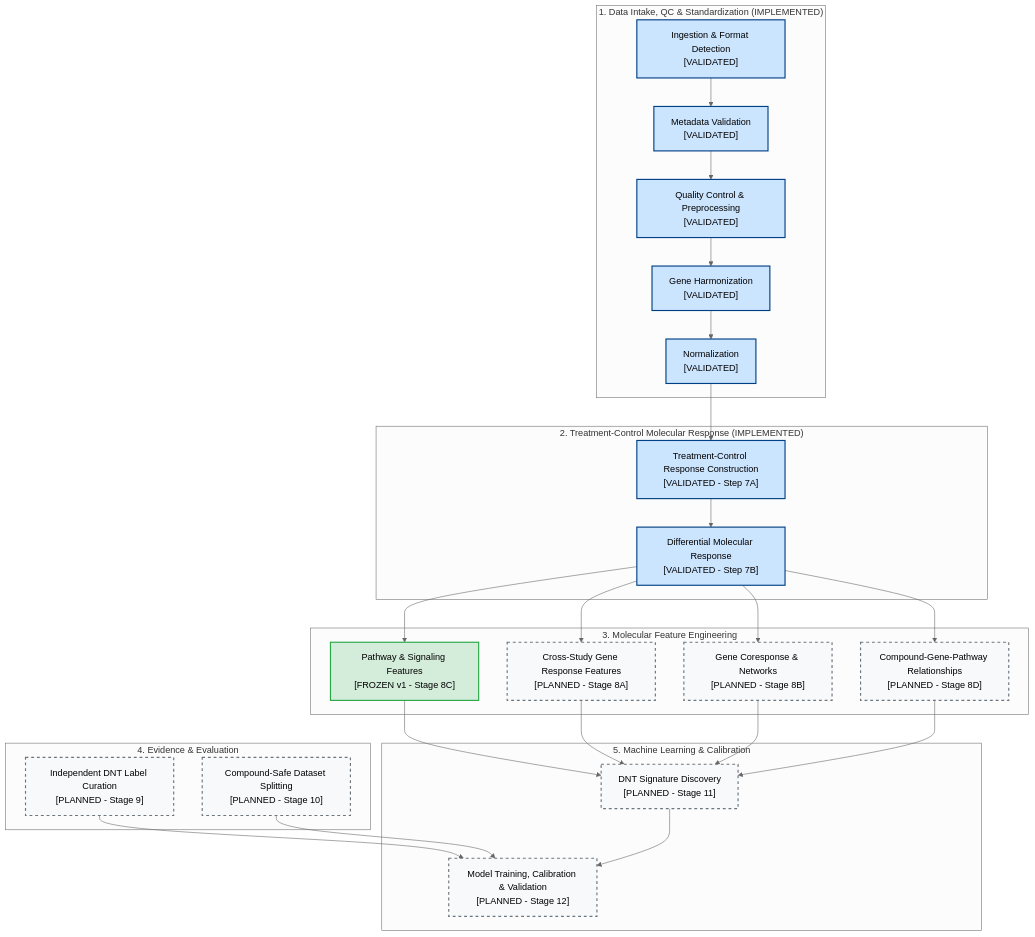
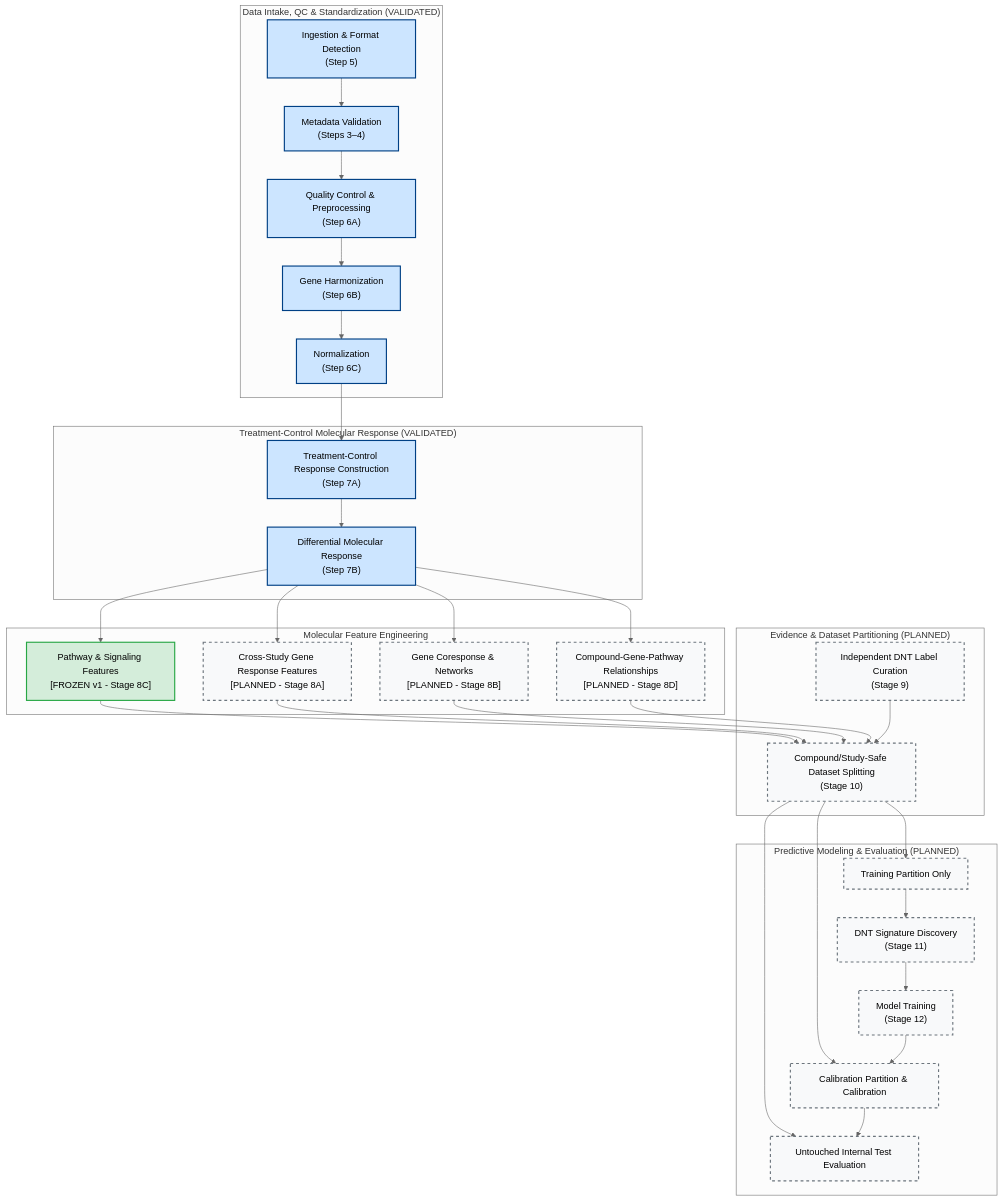
One commit to bioprintingLabsInc/DNT-Organoid-AI changed the diagram in docs/project/PIPELINE_MAP.md. Above: the diagram before and after it, drawn with Mermaid (neutral theme). The commit also changed other lines of this file and 10 other files, not shown here.

````diff
--- a/docs/project/PIPELINE_MAP.md
+++ b/docs/project/PIPELINE_MAP.md
@@ -9,57 +9,66 @@
 ```mermaid
 flowchart TD
-    subgraph Intake["1. Data Intake, QC & Standardization (IMPLEMENTED)"]
-        A1["Ingestion & Format Detection\n[VALIDATED]"]
-        A2["Metadata Validation\n[VALIDATED]"]
-        A3["Quality Control & Preprocessing\n[VALIDATED]"]
-        A4["Gene Harmonization\n[VALIDATED]"]
-        A5["Normalization\n[VALIDATED]"]
+    subgraph Intake["Data Intake, QC & Standardization (VALIDATED)"]
+        A1["Ingestion & Format Detection\n(Step 5)"]
+        A2["Metadata Validation\n(Steps 3–4)"]
+        A3["Quality Control & Preprocessing\n(Step 6A)"]
+        A4["Gene Harmonization\n(Step 6B)"]
+        A5["Normalization\n(Step 6C)"]
         A1 --> A2 --> A3 --> A4 --> A5
     end
 
-    subgraph Contrast["2. Treatment-Control Molecular Response (IMPLEMENTED)"]
-        B1["Treatment-Control Response Construction\n[VALIDATED - Step 7A]"]
-        B2["Differential Molecular Response\n[VALIDATED - Step 7B]"]
+    subgraph Contrast["Treatment-Control Molecular Response (VALIDATED)"]
+        B1["Treatment-Control Response Construction\n(Step 7A)"]
+        B2["Differential Molecular Response\n(Step 7B)"]
         B1 --> B2
     end
 
-    subgraph Features["3. Molecular Feature Engineering"]
+    subgraph Features["Molecular Feature Engineering"]
         C1["Pathway & Signaling Features\n[FROZEN v1 - Stage 8C]"]
         C2["Cross-Study Gene Response Features\n[PLANNED - Stage 8A]"]
         C3["Gene Coresponse & Networks\n[PLANNED - Stage 8B]"]
         C4["Compound-Gene-Pathway Relationships\n[PLANNED - Stage 8D]"]
     end
 
-    subgraph Labels["4. Evidence & Evaluation"]
-        D1["Independent DNT Label Curation\n[PLANNED - Stage 9]"]
-        D2["Compound-Safe Dataset Splitting\n[PLANNED - Stage 10]"]
+    subgraph Partitioning["Evidence & Dataset Partitioning (PLANNED)"]
+        D1["Independent DNT Label Curation\n(Stage 9)"]
+        D2["Compound/Study-Safe Dataset Splitting\n(Stage 10)"]
     end
 
-    subgraph Modeling["5. Machine Learning & Calibration"]
-        E1["DNT Signature Discovery\n[PLANNED - Stage 11]"]
-        E2["Model Training, Calibration & Validation\n[PLANNED - Stage 12]"]
+    subgraph Modeling["Predictive Modeling & Evaluation (PLANNED)"]
+        E1["Training Partition Only"]
+        E2["DNT Signature Discovery\n(Stage 11)"]
+        E3["Model Training\n(Stage 12)"]
+        E4["Calibration Partition & Calibration"]
+        E5["Untouched Internal Test Evaluation"]
     end
 
     A5 --> B1
     B2 --> C1
     B2 --> C2
     B2 --> C3
     B2 --> C4
 
-    C1 --> E1
-    C2 --> E1
-    C3 --> E1
-    C4 --> E1
+    C1 --> D2
+    C2 --> D2
+    C3 --> D2
+    C4 --> D2
+    D1 --> D2
 
-    D1 --> E2
-    D2 --> E2
+    D2 --> E1
+    D2 --> E4
+    D2 --> E5
+
     E1 --> E2
+    E2 --> E3
+    E3 --> E4
+    E4 --> E5
 
     classDef frozen fill:#d4edda,stroke:#28a745,stroke-width:2px;
     classDef validated fill:#cce5ff,stroke:#004085,stroke-width:2px;
     classDef planned fill:#f8f9fa,stroke:#6c757d,stroke-width:2px,stroke-dasharray: 5 5;
 
     class C1 frozen;
     class A1,A2,A3,A4,A5,B1,B2 validated;
-    class C2,C3,C4,D1,D2,E1,E2 planned;
+    class C2,C3,C4,D1,D2,E1,E2,E3,E4,E5 planned;
 ```
````
